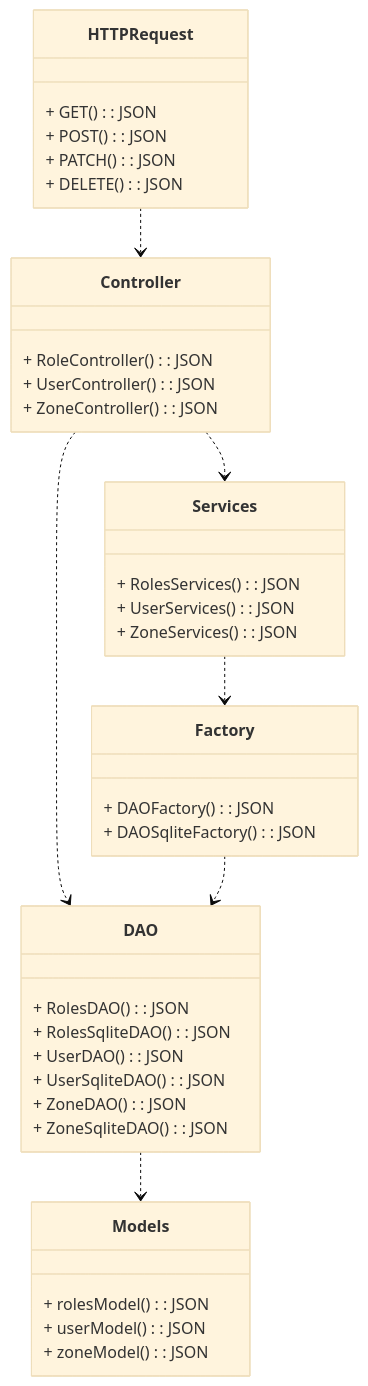
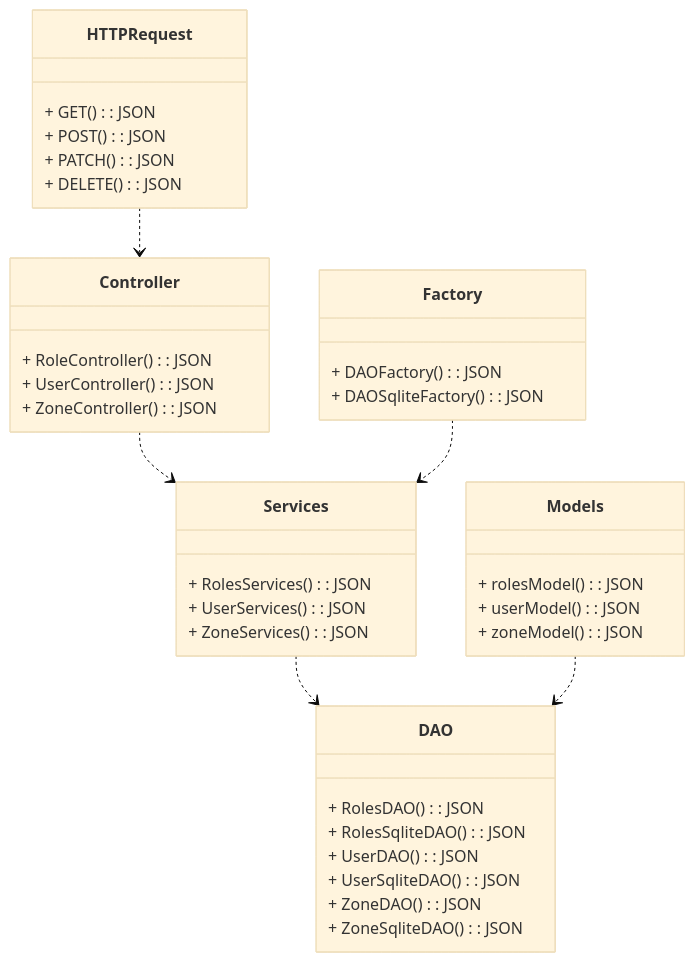
The second of 3 diagrams in README.md (LoicSERRE/Projet-annuel-BUT3), drawn with Mermaid (base theme) before and after one commit. The commit also changed other lines of this file, not shown here.

````diff
--- a/README.md
+++ b/README.md
@@ -339,48 +339,47 @@
 ```mermaid
 classDiagram
     class HTTPRequest {
       + GET() : JSON
       + POST() : JSON
       + PATCH() : JSON
       + DELETE() : JSON
     }
 
     class Controller {
         + RoleController() : JSON
         + UserController() : JSON
         + ZoneController() : JSON
     }
 
     class DAO {
         + RolesDAO() : JSON
         + RolesSqliteDAO() : JSON
         + UserDAO() : JSON
         + UserSqliteDAO() : JSON
         + ZoneDAO() : JSON
         + ZoneSqliteDAO() : JSON
     }
 
     class Factory {
         + DAOFactory() : JSON
         + DAOSqliteFactory() : JSON
     }
 
     class Models {
         + rolesModel() : JSON
         + userModel() : JSON
         + zoneModel() : JSON
     }
 
     class Services {
         + RolesServices() : JSON
         + UserServices() : JSON
         + ZoneServices() : JSON
     }
 
     HTTPRequest ..> Controller
-    Controller ..> DAO
     Controller ..> Services
-    Factory ..> DAO
-    DAO ..> Models
-    Services ..> Factory
+    Factory ..> Services
+    Services ..> DAO
+    Models ..> DAO
 ```
````
